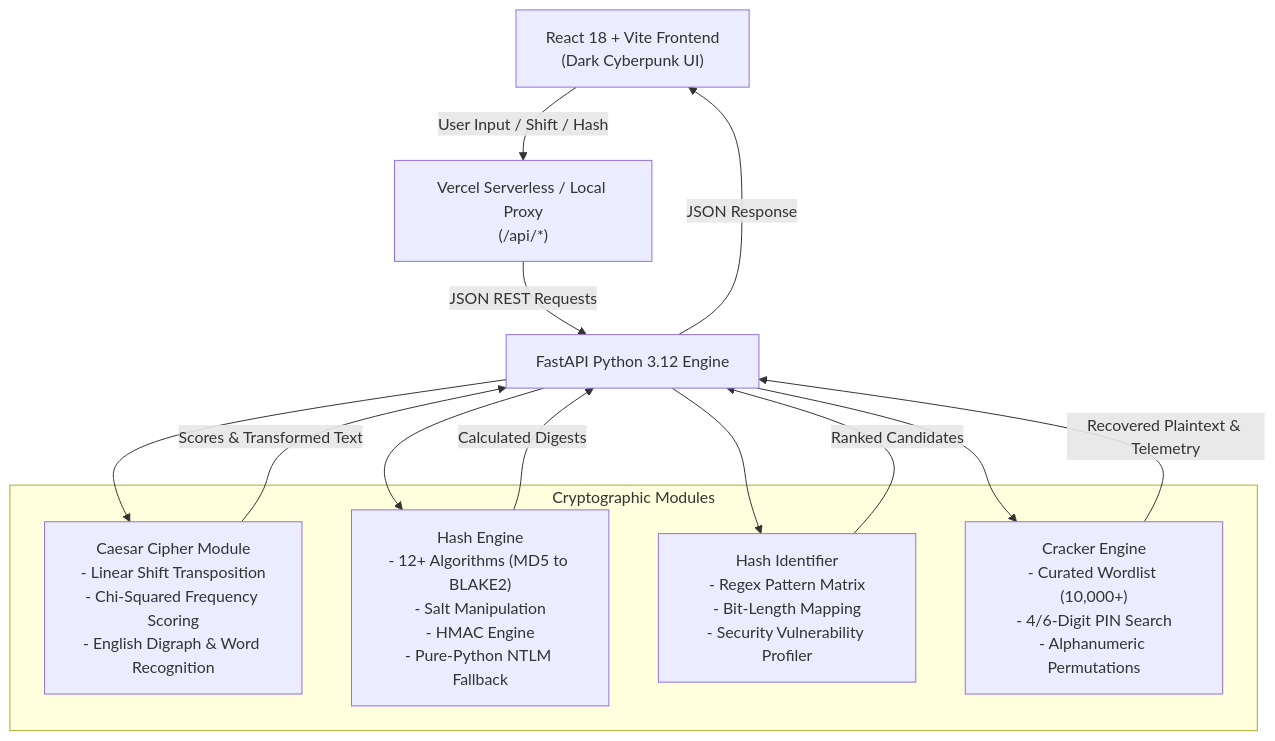
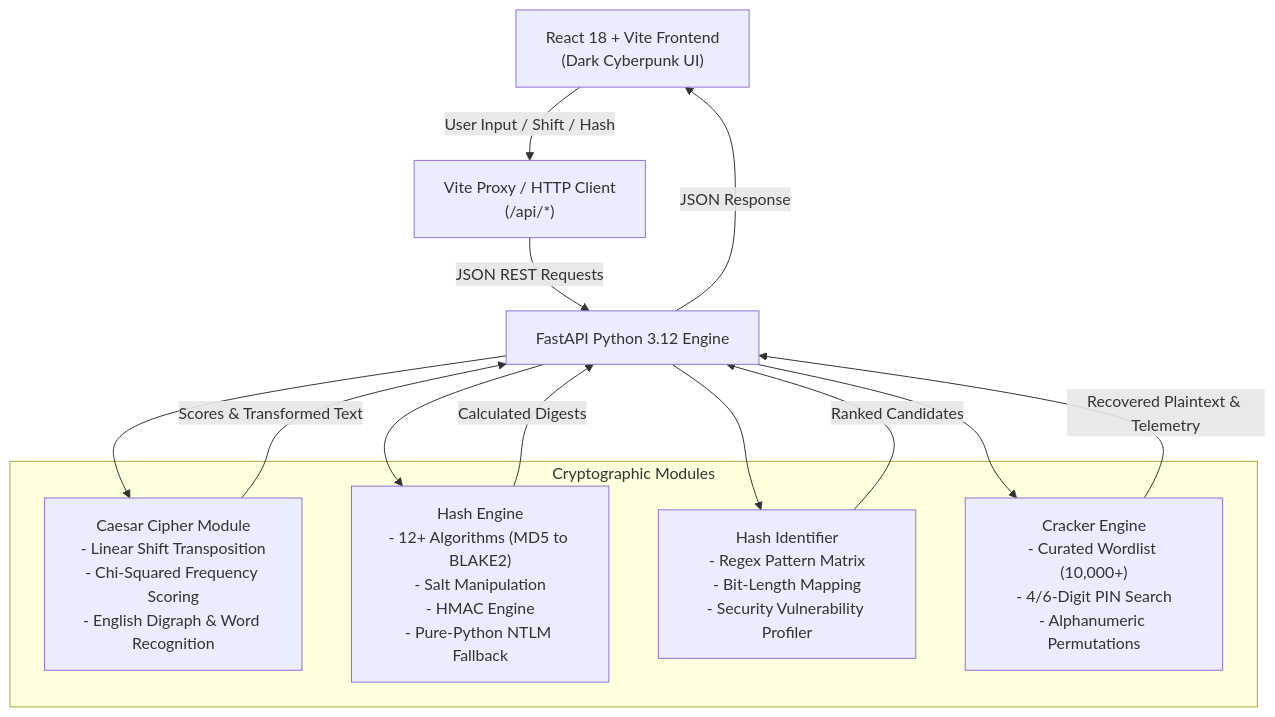
One commit to girishm03/CipherVault-Cryptography-Toolkit changed the diagram in README.md. Above: the diagram before and after it, drawn with Mermaid. The commit also changed other lines of this file, not shown here.

Commit message:
Remove Deploy to Vercel section and references from README

````diff
--- a/README.md
+++ b/README.md
@@ -79,25 +77,25 @@
 ```mermaid
 graph TD
     Client["React 18 + Vite Frontend\n(Dark Cyberpunk UI)"]
-    VercelEdge["Vercel Serverless / Local Proxy\n(/api/*)"]
+    Proxy["Vite Proxy / HTTP Client\n(/api/*)"]
     FastAPI["FastAPI Python 3.12 Engine"]
     
     subgraph "Cryptographic Modules"
         CaesarMod["Caesar Cipher Module\n- Linear Shift Transposition\n- Chi-Squared Frequency Scoring\n- English Digraph & Word Recognition"]
         HashMod["Hash Engine\n- 12+ Algorithms (MD5 to BLAKE2)\n- Salt Manipulation\n- HMAC Engine\n- Pure-Python NTLM Fallback"]
         IdentMod["Hash Identifier\n- Regex Pattern Matrix\n- Bit-Length Mapping\n- Security Vulnerability Profiler"]
         CrackMod["Cracker Engine\n- Curated Wordlist (10,000+)\n- 4/6-Digit PIN Search\n- Alphanumeric Permutations"]
     end
 
-    Client -->|User Input / Shift / Hash| VercelEdge
-    VercelEdge -->|JSON REST Requests| FastAPI
+    Client -->|User Input / Shift / Hash| Proxy
+    Proxy -->|JSON REST Requests| FastAPI
     FastAPI --> CaesarMod
     FastAPI --> HashMod
     FastAPI --> IdentMod
     FastAPI --> CrackMod
     CaesarMod -->|Scores & Transformed Text| FastAPI
     HashMod -->|Calculated Digests| FastAPI
     IdentMod -->|Ranked Candidates| FastAPI
     CrackMod -->|Recovered Plaintext & Telemetry| FastAPI
     FastAPI -->|JSON Response| Client
 ```
````
